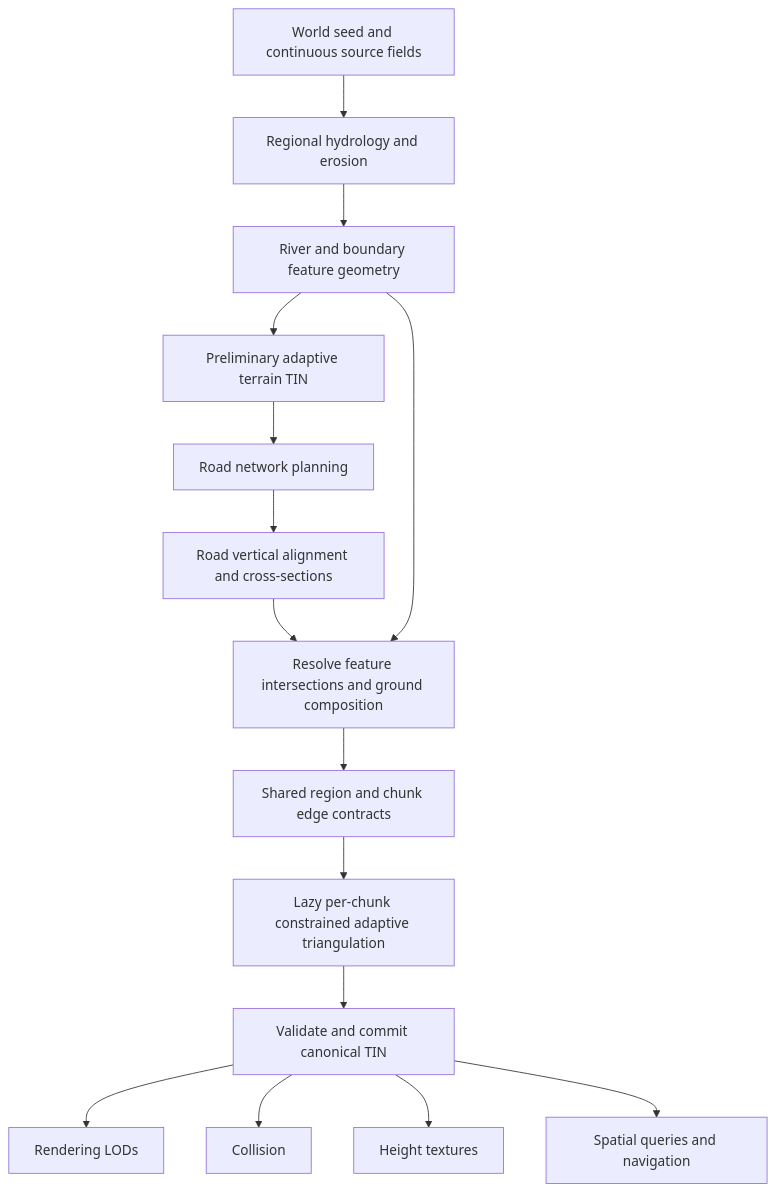
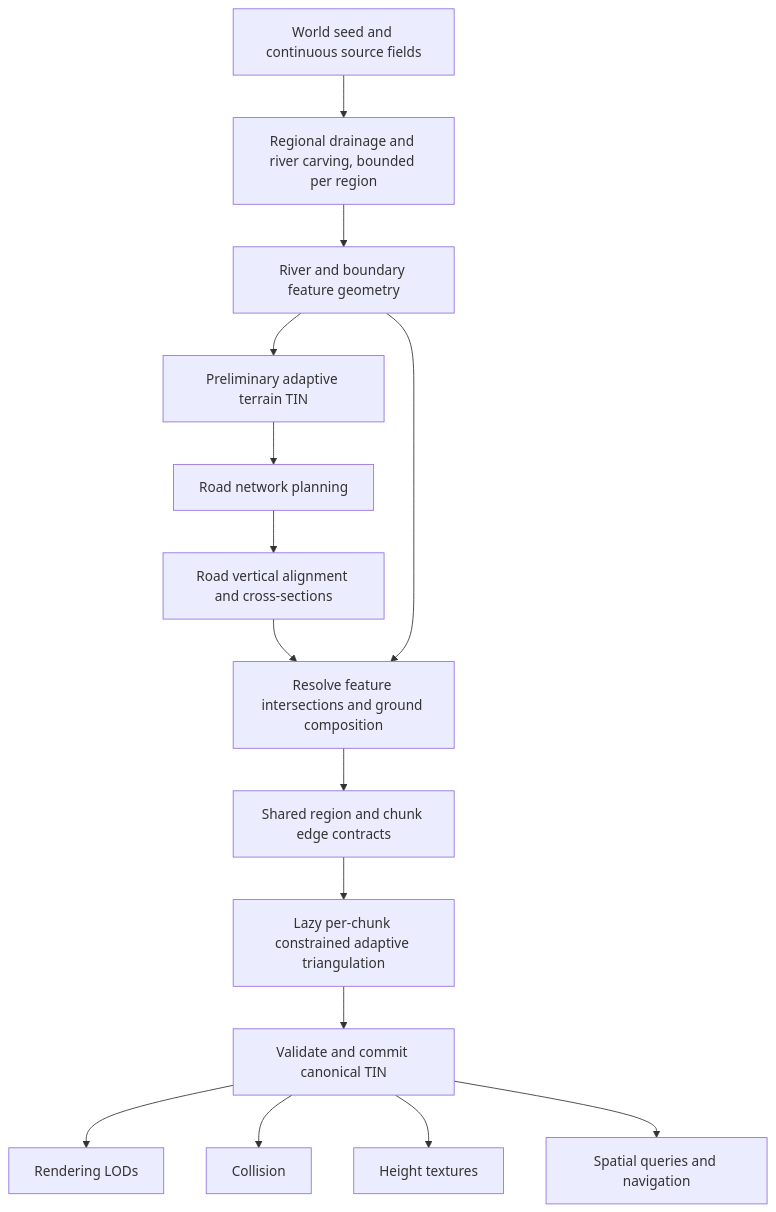
The first of 3 diagrams in docs/procgena-canonical-tin-design.md (phayes/procgena), drawn with Mermaid before and after one commit. The commit also changed other lines of this file and 3 other files, not shown here.

````diff
--- a/docs/procgena-canonical-tin-design.md
+++ b/docs/procgena-canonical-tin-design.md
@@ -55,17 +55,17 @@
 ```mermaid
 flowchart TD
-    A[World seed and continuous source fields] --> B[Regional hydrology and erosion]
+    A[World seed and continuous source fields] --> B[Regional drainage and river carving, bounded per region]
     B --> C[River and boundary feature geometry]
     C --> D[Preliminary adaptive terrain TIN]
     D --> E[Road network planning]
     E --> F[Road vertical alignment and cross-sections]
     F --> G[Resolve feature intersections and ground composition]
     C --> G
     G --> S[Shared region and chunk edge contracts]
     S --> H[Lazy per-chunk constrained adaptive triangulation]
     H --> I[Validate and commit canonical TIN]
     I --> J[Rendering LODs]
     I --> K[Collision]
     I --> L[Height textures]
     I --> M[Spatial queries and navigation]
 ```
````
